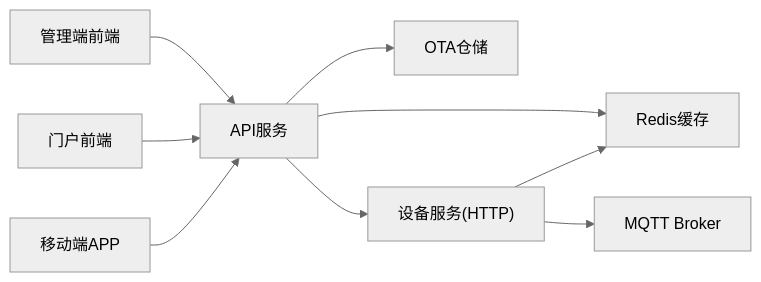
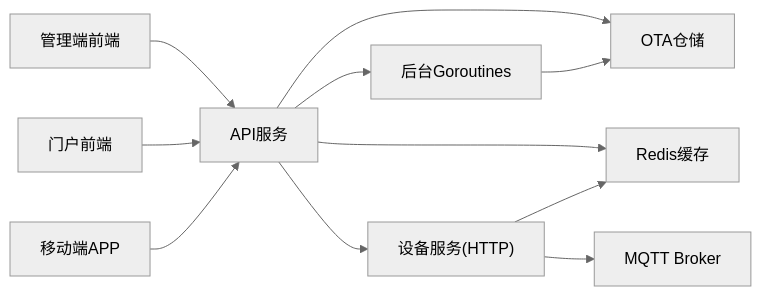
One commit to mcmrzy/cs_inv_monitor-develop changed diagram 11 of 11 in .qoder/repowiki/zh/content/OTA升级系统/OTA任务调度/OTA进度跟踪.md. Above: the diagram before and after it, drawn with Mermaid (neutral theme). The commit also changed other lines of this file and 28 other files, not shown here.

````diff
--- a/.qoder/repowiki/zh/content/OTA升级系统/OTA任务调度/OTA进度跟踪.md
+++ b/.qoder/repowiki/zh/content/OTA升级系统/OTA任务调度/OTA进度跟踪.md
@@ -477,11 +548,13 @@
 ```mermaid
 graph LR
 API["API服务"] --> Repo["OTA仓储"]
 API --> RDB["Redis缓存"]
 API --> DevSvc["设备服务(HTTP)"]
+API --> BG["后台Goroutines"]
+BG --> Repo
 DevSvc --> MQ["MQTT Broker"]
 DevSvc --> RDB
 FE_Admin["管理端前端"] --> API
 FE_Portal["门户前端"] --> API
 MobileApp["移动端APP"] --> API
 ```
````
